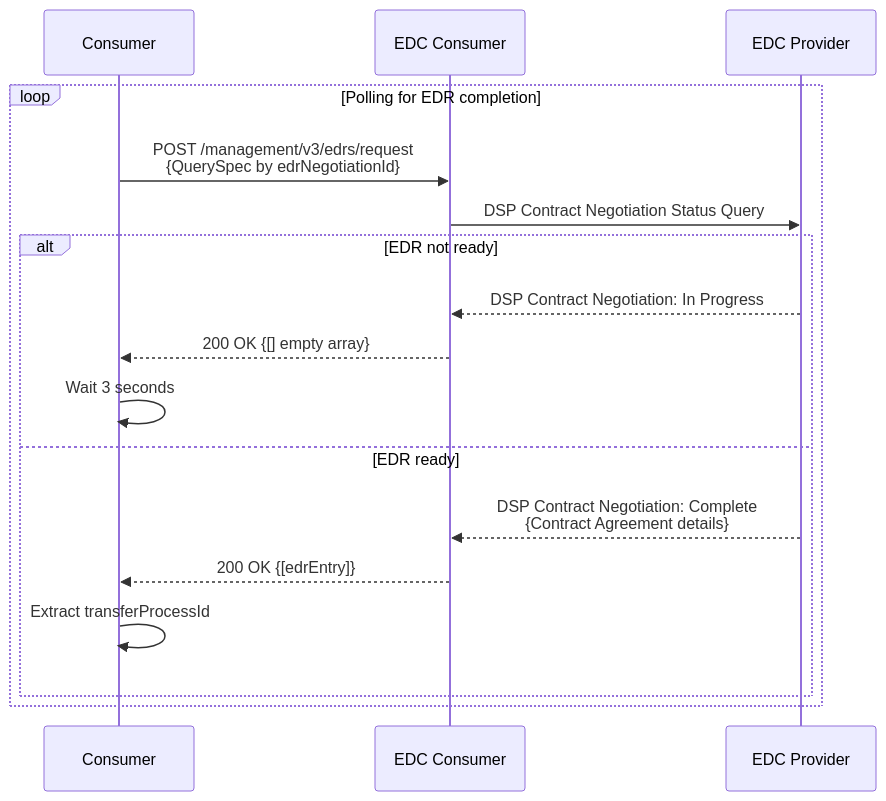
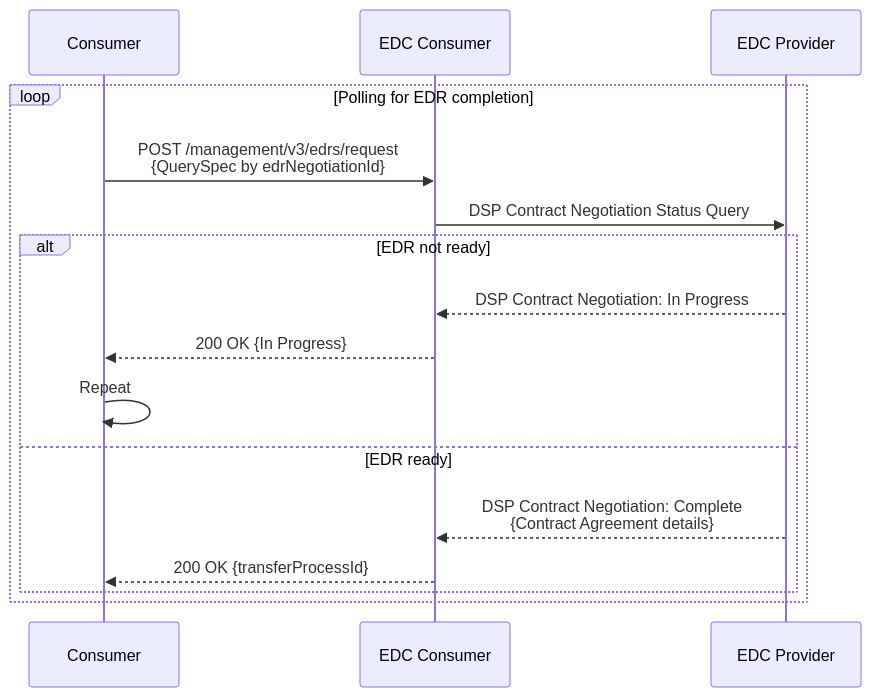
Before and after one commit to borrmann-dev/construct-x-edge-k8s: the sixth of 8 diagrams in scripts/README.md, drawn with Mermaid.

Commit message:
corrected

````diff
--- a/scripts/README.md
+++ b/scripts/README.md
@@ -110,20 +110,19 @@
 ```mermaid
 sequenceDiagram
     participant Consumer
     participant EDC_Consumer as EDC Consumer
     participant EDC_Provider as EDC Provider
 
     loop Polling for EDR completion
         Consumer->>EDC_Consumer: POST /management/v3/edrs/request<br/>{QuerySpec by edrNegotiationId}
         EDC_Consumer->>EDC_Provider: DSP Contract Negotiation Status Query
         alt EDR not ready
             EDC_Provider-->>EDC_Consumer: DSP Contract Negotiation: In Progress
-            EDC_Consumer-->>Consumer: 200 OK {[] empty array}
-            Consumer->>Consumer: Wait 3 seconds
+            EDC_Consumer-->>Consumer: 200 OK {In Progress}
+            Consumer->>Consumer: Repeat
         else EDR ready
             EDC_Provider-->>EDC_Consumer: DSP Contract Negotiation: Complete<br/>{Contract Agreement details}
-            EDC_Consumer-->>Consumer: 200 OK {[edrEntry]}
-            Consumer->>Consumer: Extract transferProcessId
+            EDC_Consumer-->>Consumer: 200 OK {transferProcessId}
         end
     end
 ```
````
